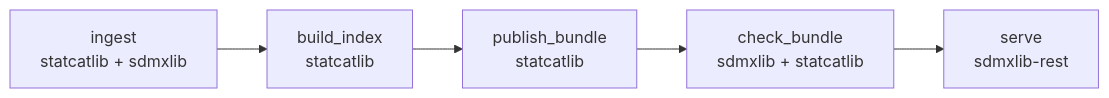
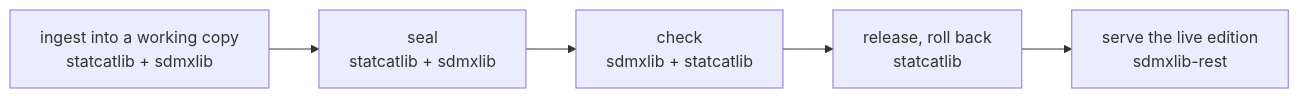
The diagram in docs/architecture.md (StatCat-Suite/statcat-suite.github.io), drawn with Mermaid before and after one commit. The commit also changed other lines of this file and 4 other files, not shown here.

````diff
--- a/docs/architecture.md
+++ b/docs/architecture.md
@@ -53,7 +70,7 @@
 ```mermaid
 graph LR
-    I[ingest<br/>statcatlib + sdmxlib] --> X[build_index<br/>statcatlib]
-    X --> P[publish_bundle<br/>statcatlib]
-    P --> K[check_bundle<br/>sdmxlib + statcatlib]
-    K --> S[serve<br/>sdmxlib-rest]
+    I[ingest into a working copy<br/>statcatlib + sdmxlib] --> S[seal<br/>statcatlib + sdmxlib]
+    S --> K[check<br/>sdmxlib + statcatlib]
+    K --> R[release, roll back<br/>statcatlib]
+    R --> V[serve the live edition<br/>sdmxlib-rest]
 ```
````
